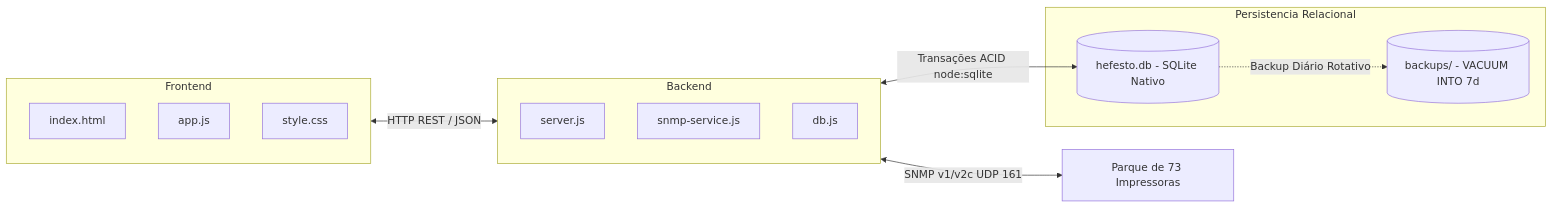
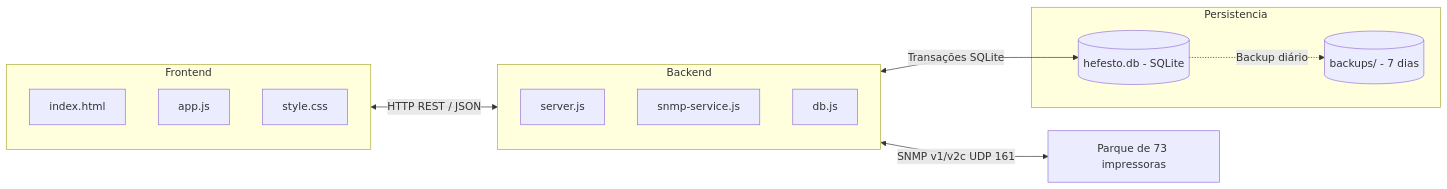
Before and after one commit to SaruAkaza/Hefesto-Print-Monitor: the diagram in Arquitetura e Endpoints da API.md, drawn with Mermaid. The commit also changed other lines of this file and 12 other files, not shown here.

````diff
--- a/Arquitetura e Endpoints da API.md
+++ b/Arquitetura e Endpoints da API.md
@@ -12,21 +10,21 @@
 ```mermaid
 graph LR
     subgraph Frontend
         A[index.html]
         B[app.js]
         C[style.css]
     end
     subgraph Backend
         D[server.js]
         E[snmp-service.js]
         F[db.js]
     end
-    subgraph Persistencia Relacional
-        G[(hefesto.db - SQLite Nativo)]
-        H[(backups/ - VACUUM INTO 7d)]
+    subgraph Persistencia
+        G[(hefesto.db - SQLite)]
+        H[(backups/ - 7 dias)]
     end
     Frontend <-->|HTTP REST / JSON| Backend
-    Backend <-->|Transações ACID node:sqlite| G
-    G -.->|Backup Diário Rotativo| H
-    Backend <-->|SNMP v1/v2c UDP 161| Impressoras[Parque de 73 Impressoras]
+    Backend <-->|Transações SQLite| G
+    G -.->|Backup diário| H
+    Backend <-->|SNMP v1/v2c UDP 161| Impressoras[Parque de 73 impressoras]
 ```
````
